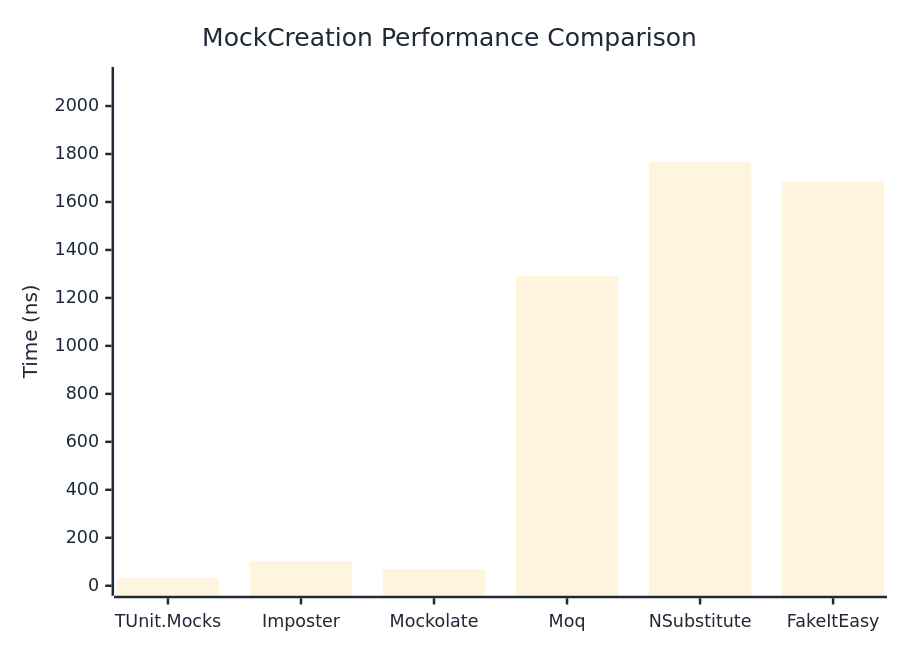
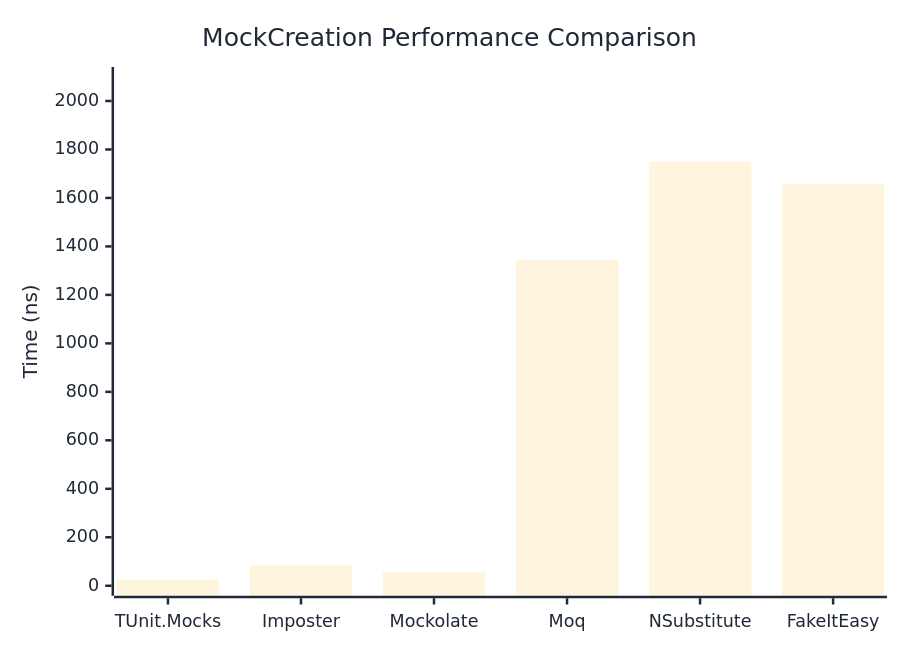
The first of 2 diagrams in docs/docs/benchmarks/mocks/MockCreation.md (thomhurst/TUnit), drawn with Mermaid before and after one commit. The commit also changed other lines of this file and 14 other files, not shown here.

````diff
--- a/docs/docs/benchmarks/mocks/MockCreation.md
+++ b/docs/docs/benchmarks/mocks/MockCreation.md
@@ -30,27 +30,27 @@
 ```mermaid
 %%{init: {
   'theme':'base',
   'themeVariables': {
     'primaryColor': '#2563eb',
     'primaryTextColor': '#1f2937',
     'primaryBorderColor': '#1e40af',
     'lineColor': '#6b7280',
     'secondaryColor': '#7c3aed',
     'tertiaryColor': '#dc2626',
     'background': '#ffffff',
     'pie1': '#2563eb',
     'pie2': '#7c3aed',
     'pie3': '#dc2626',
     'pie4': '#f59e0b',
     'pie5': '#10b981',
     'pie6': '#06b6d4',
     'pie7': '#ec4899',
     'pie8': '#6366f1'
   }
 }}%%
 xychart-beta
   title "MockCreation Performance Comparison"
   x-axis ["TUnit.Mocks", "Imposter", "Mockolate", "Moq", "NSubstitute", "FakeItEasy"]
-  y-axis "Time (ns)" 0 --> 2121
-  bar [33.29, 102.4, 68.62, 1291.01, 1766.83, 1684.9]
+  y-axis "Time (ns)" 0 --> 2099
+  bar [25.64, 83.59, 55.74, 1344.45, 1748.68, 1656.91]
 ```
````
